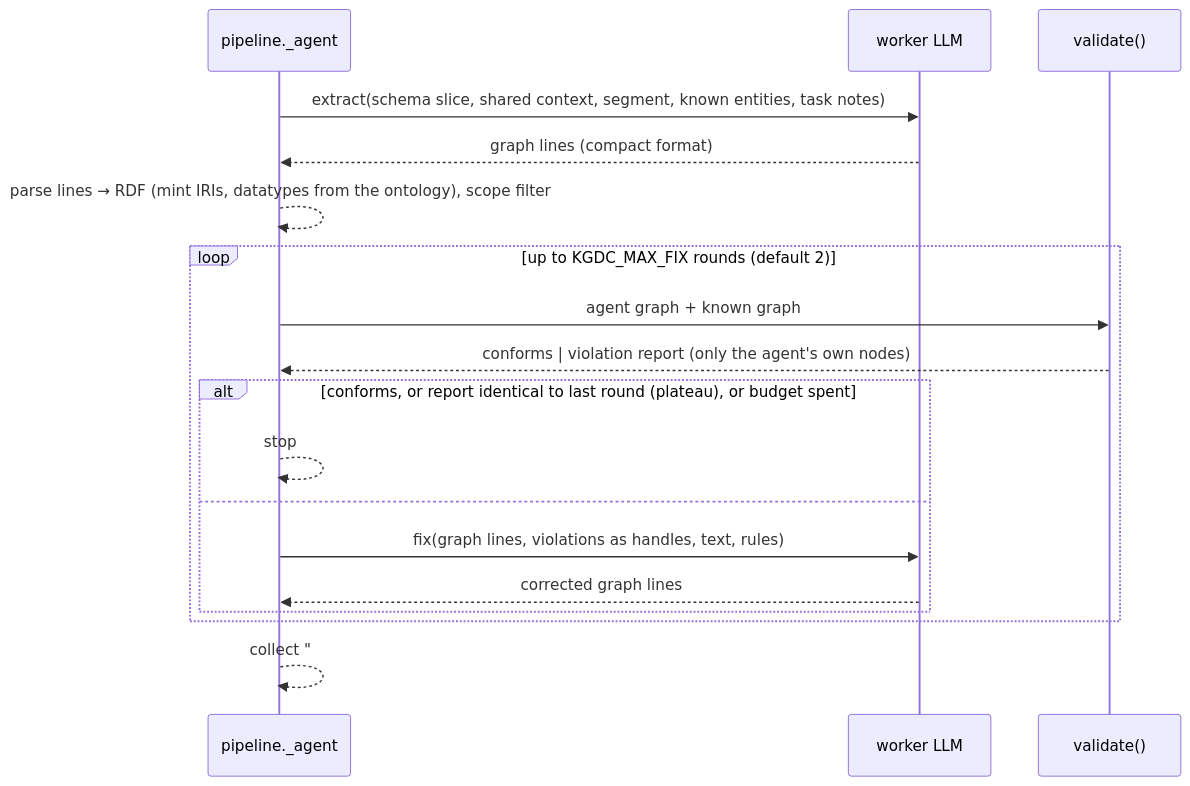
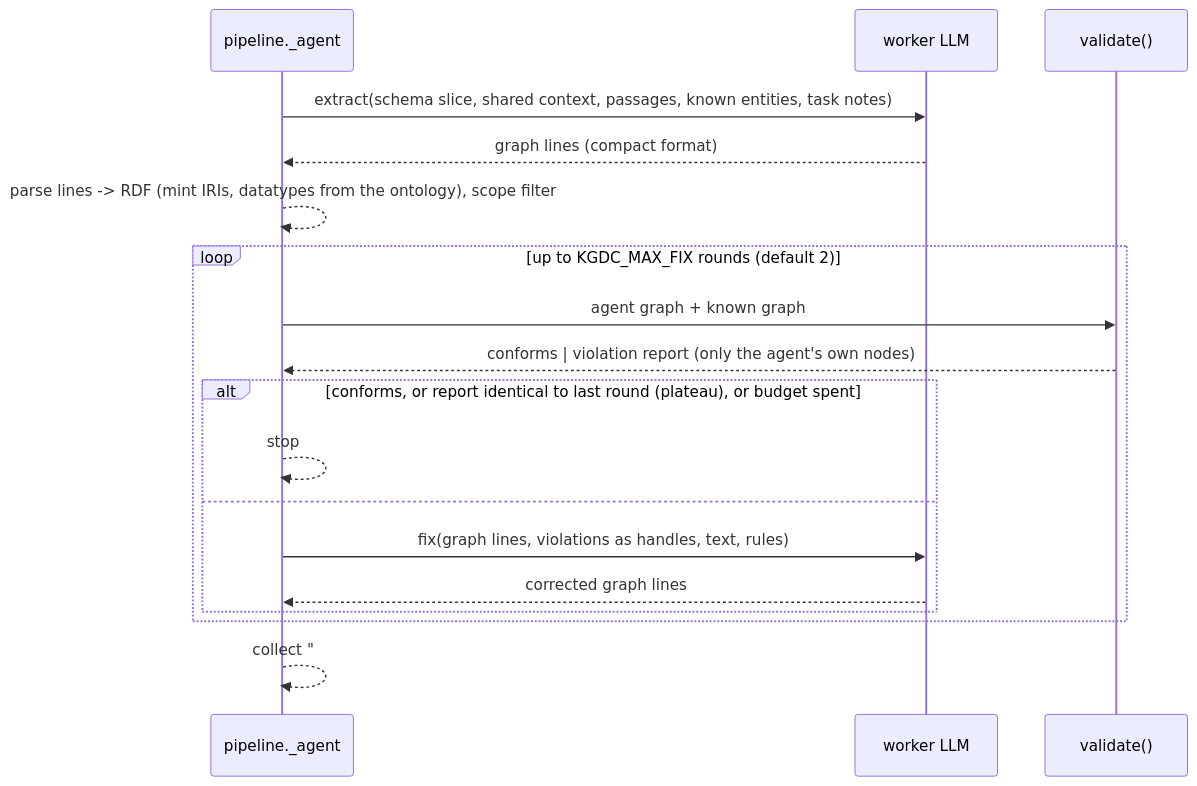
One commit to ensaremirerol/kgdc changed the third of 4 diagrams in README.md. Above: the diagram before and after it, drawn with Mermaid. The commit also changed other lines of this file and 1157 other files, not shown here.

````diff
--- a/README.md
+++ b/README.md
@@ -290,20 +360,20 @@
 ```mermaid
 sequenceDiagram
     participant P as pipeline._agent
     participant W as worker LLM
     participant V as validate()
-    P->>W: extract(schema slice, shared context, segment, known entities, task notes)
+    P->>W: extract(schema slice, shared context, passages, known entities, task notes)
     W-->>P: graph lines (compact format)
-    P-->>P: parse lines → RDF (mint IRIs, datatypes from the ontology), scope filter
+    P-->>P: parse lines -> RDF (mint IRIs, datatypes from the ontology), scope filter
     loop up to KGDC_MAX_FIX rounds (default 2)
         P->>V: agent graph + known graph
         V-->>P: conforms | violation report (only the agent's own nodes)
         alt conforms, or report identical to last round (plateau), or budget spent
             P-->>P: stop
         else
             P->>W: fix(graph lines, violations as handles, text, rules)
             W-->>P: corrected graph lines
         end
     end
     P-->>P: collect "# UNRESOLVED" note lines
 ```
````
